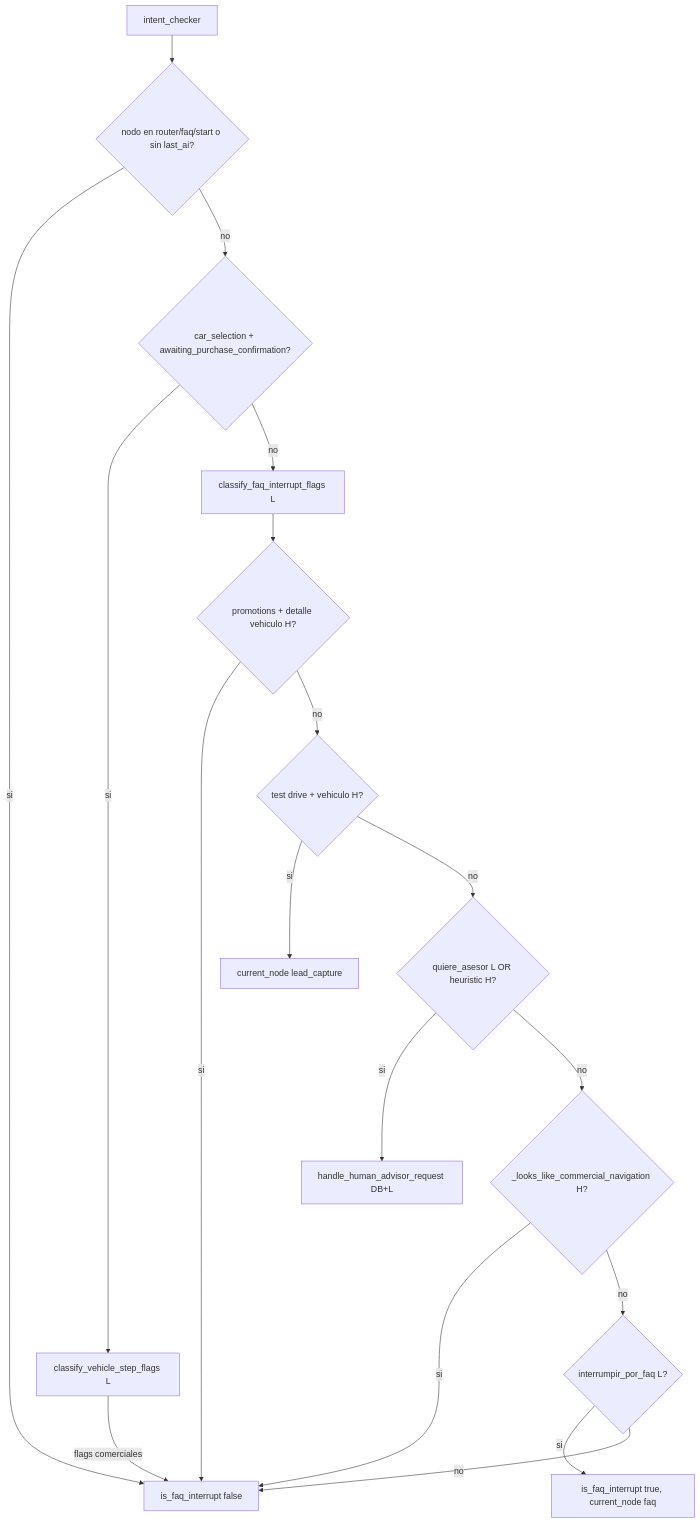
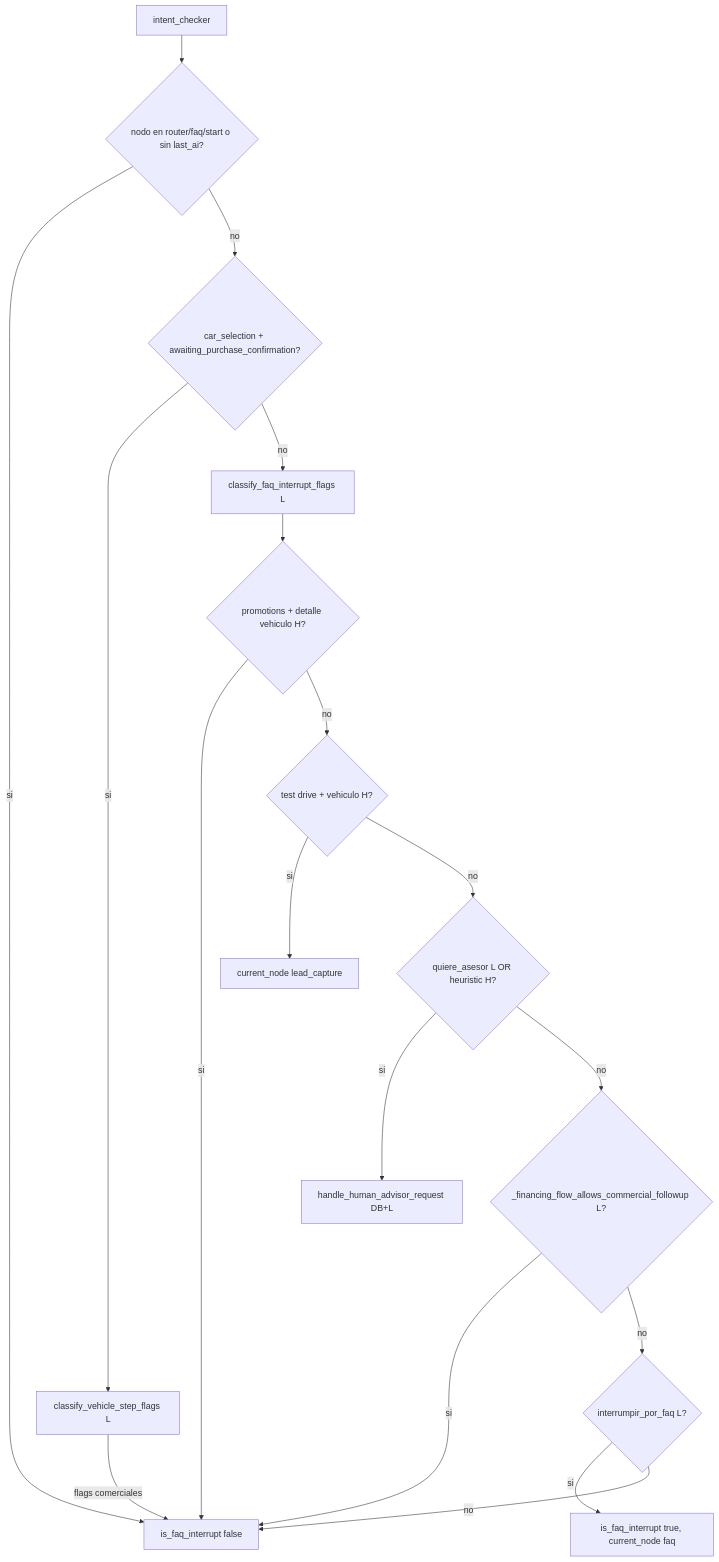
The fourth of 10 diagrams in bot/docs/flujo-completo.md (JoseManuelGdlO/car-advisor-bot), drawn with Mermaid before and after one commit. The commit also changed other lines of this file and 4 other files, not shown here.

````diff
--- a/bot/docs/flujo-completo.md
+++ b/bot/docs/flujo-completo.md
@@ -161,20 +160,20 @@
 ```mermaid
 flowchart TD
     entry[intent_checker] --> earlyExit{nodo en router/faq/start o sin last_ai?}
     earlyExit -->|si| noInterrupt[is_faq_interrupt false]
     earlyExit -->|no| purchaseConfirm{car_selection + awaiting_purchase_confirmation?}
     purchaseConfirm -->|si| vehicleFlags["classify_vehicle_step_flags L"]
     vehicleFlags -->|flags comerciales| noInterrupt
     purchaseConfirm -->|no| faqFlags["classify_faq_interrupt_flags L"]
     faqFlags --> promoOverride{promotions + detalle vehiculo H?}
     promoOverride -->|si| noInterrupt
     promoOverride -->|no| scheduling{test drive + vehiculo H?}
     scheduling -->|si| leadCapture[current_node lead_capture]
     scheduling -->|no| humanAdvisor{quiere_asesor L OR heuristic H?}
     humanAdvisor -->|si| handleAdvisor["handle_human_advisor_request DB+L"]
-    humanAdvisor -->|no| commercialNav{_looks_like_commercial_navigation H?}
-    commercialNav -->|si| noInterrupt
-    commercialNav -->|no| faqDecision{interrumpir_por_faq L?}
+    humanAdvisor -->|no| financingNav{_financing_flow_allows_commercial_followup L?}
+    financingNav -->|si| noInterrupt
+    financingNav -->|no| faqDecision{interrumpir_por_faq L?}
     faqDecision -->|si| faqInterrupt["is_faq_interrupt true, current_node faq"]
     faqDecision -->|no| noInterrupt
 ```
````
